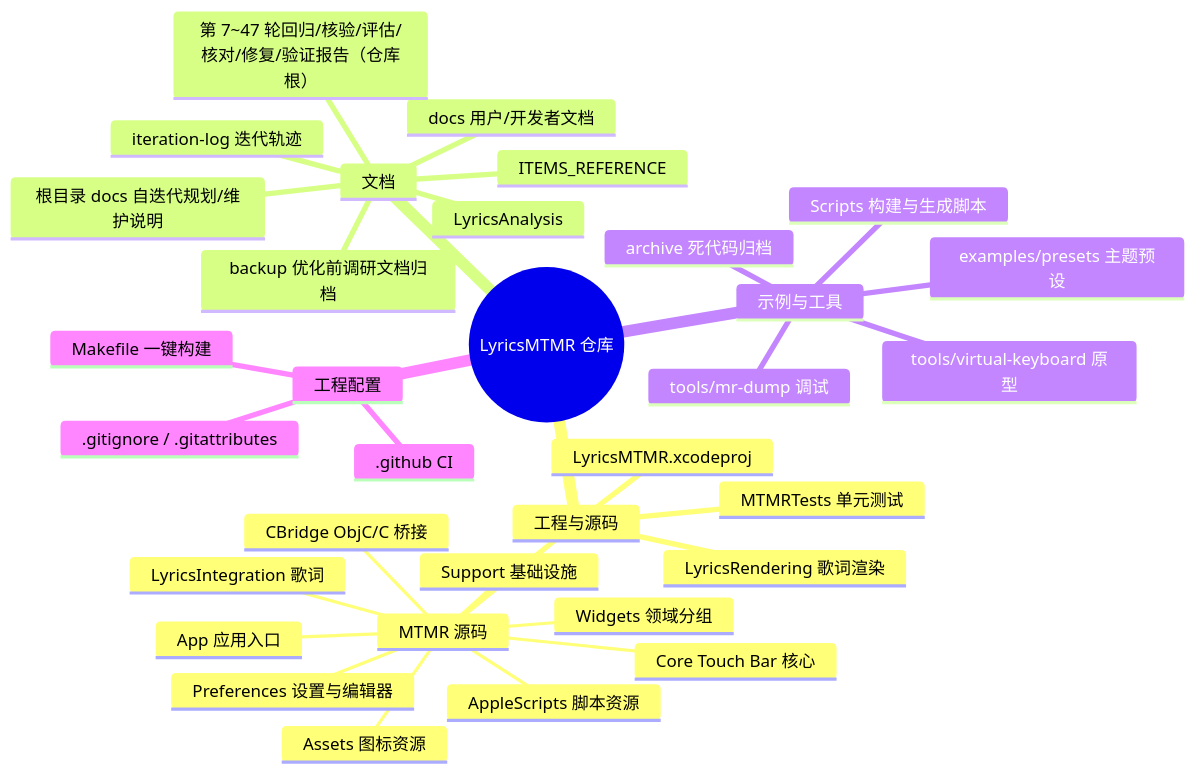
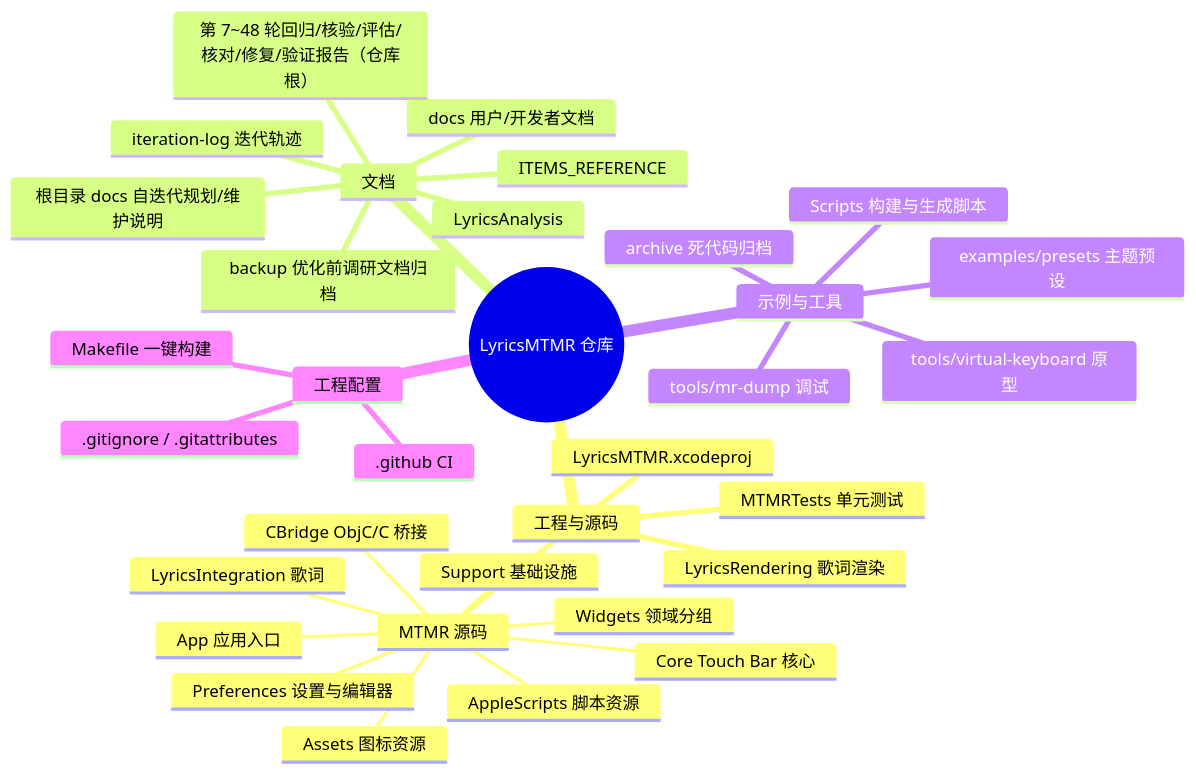
The first of 2 diagrams in LyricsMTMR/docs/file-structure.zh.md (Tangzishun-Li/LyricsMTMR), drawn with Mermaid before and after one commit. The commit also changed other lines of this file and 3 other files, not shown here.

````diff
--- a/LyricsMTMR/docs/file-structure.zh.md
+++ b/LyricsMTMR/docs/file-structure.zh.md
@@ -10,36 +10,36 @@
 ```mermaid
 mindmap
   root((LyricsMTMR 仓库))
     工程与源码
       LyricsMTMR.xcodeproj
       MTMR 源码
         App 应用入口
         Core Touch Bar 核心
         Support 基础设施
         Widgets 领域分组
         Preferences 设置与编辑器
         LyricsIntegration 歌词
         CBridge ObjC/C 桥接
         AppleScripts 脚本资源
         Assets 图标资源
       LyricsRendering 歌词渲染
       MTMRTests 单元测试
     文档
       docs 用户/开发者文档
       ITEMS_REFERENCE
       LyricsAnalysis
       backup 优化前调研文档归档
       iteration-log 迭代轨迹
       根目录 docs 自迭代规划/维护说明
-      第 7~47 轮回归/核验/评估/核对/修复/验证报告（仓库根）
+      第 7~48 轮回归/核验/评估/核对/修复/验证报告（仓库根）
     示例与工具
       examples/presets 主题预设
       tools/mr-dump 调试
       tools/virtual-keyboard 原型
       Scripts 构建与生成脚本
       archive 死代码归档
     工程配置
       .github CI
       .gitignore / .gitattributes
       Makefile 一键构建
 ```
````
